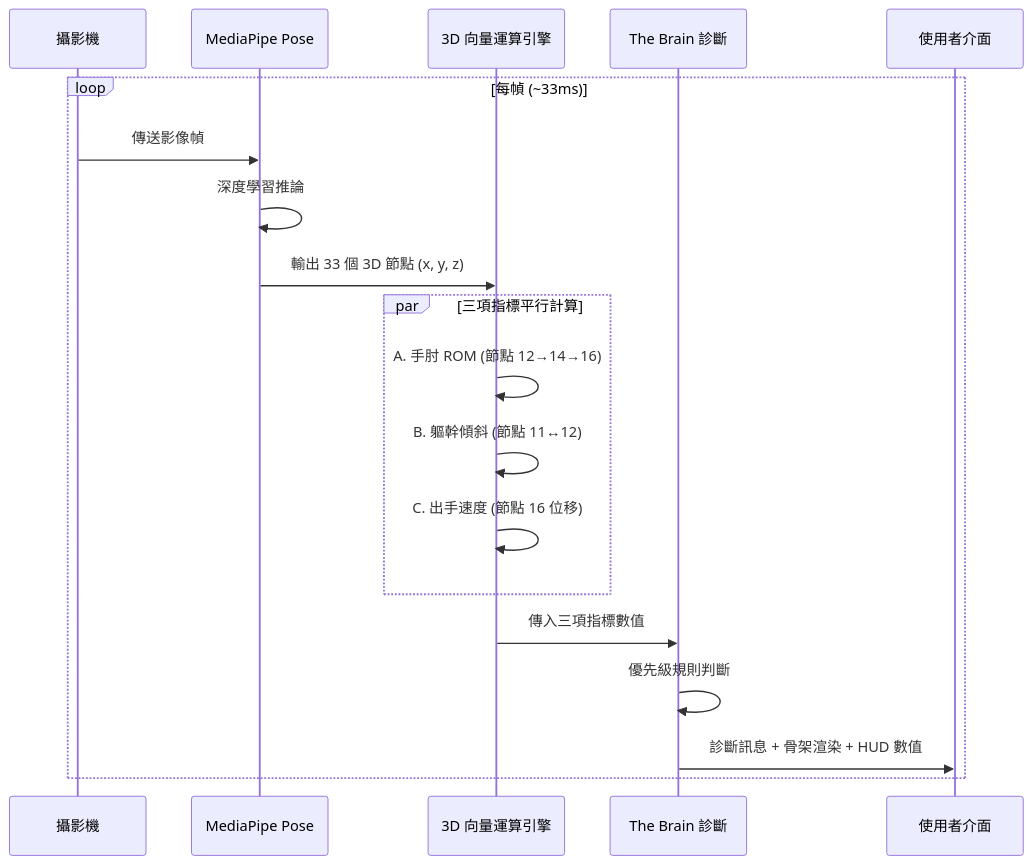
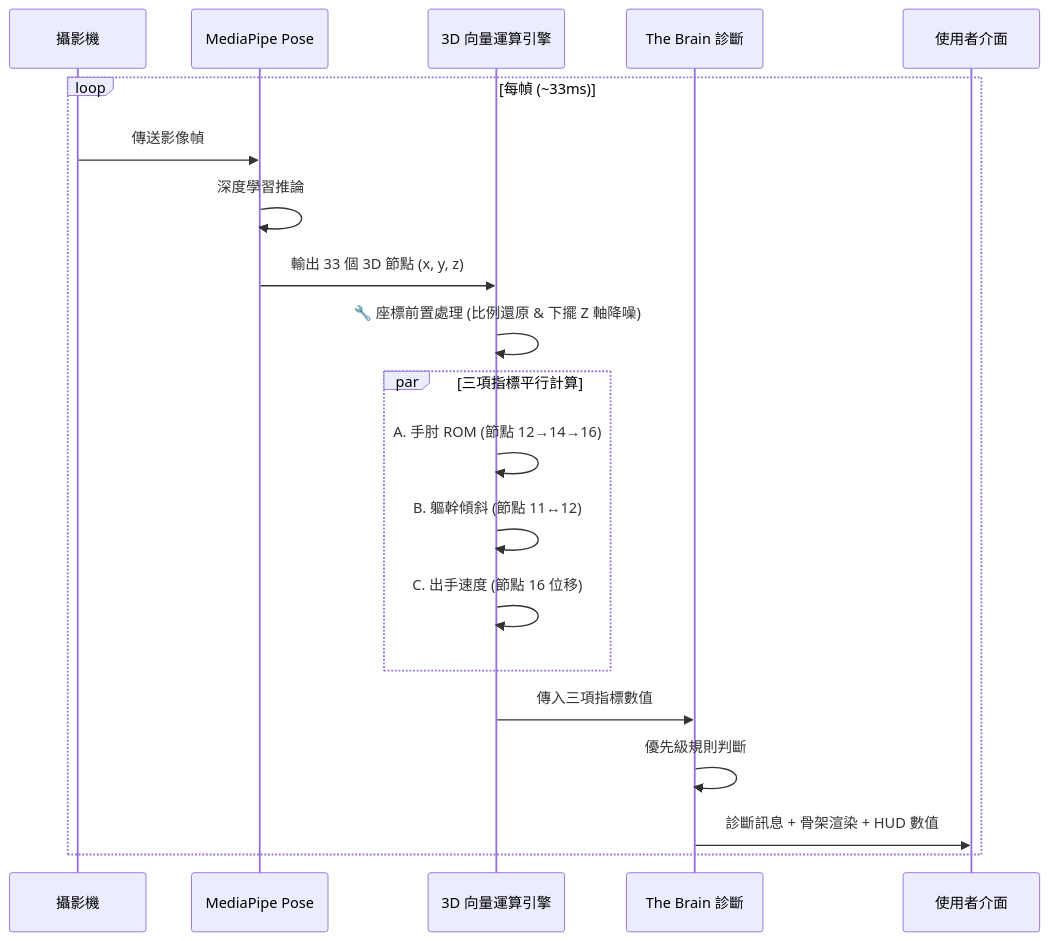
One commit to secrects2/Daoli2026 changed the second of 3 diagrams in floor-curling-app/docs/patent_system_flowchart.md. Above: the diagram before and after it, drawn with Mermaid. The commit also changed other lines of this file and 12 other files, not shown here.

````diff
--- a/floor-curling-app/docs/patent_system_flowchart.md
+++ b/floor-curling-app/docs/patent_system_flowchart.md
@@ -65,24 +68,26 @@
 ```mermaid
 sequenceDiagram
     participant Camera as 攝影機
     participant MP as MediaPipe Pose
     participant Calc as 3D 向量運算引擎
     participant Brain as The Brain 診斷
     participant UI as 使用者介面
 
     loop 每幀 (~33ms)
         Camera->>MP: 傳送影像幀
         MP->>MP: 深度學習推論
         MP->>Calc: 輸出 33 個 3D 節點 (x, y, z)
         
+        Calc->>Calc: 🔧 座標前置處理 (比例還原 & 下擺 Z 軸降噪)
+        
         par 三項指標平行計算
             Calc->>Calc: A. 手肘 ROM (節點 12→14→16)
             Calc->>Calc: B. 軀幹傾斜 (節點 11↔12)
             Calc->>Calc: C. 出手速度 (節點 16 位移)
         end
 
         Calc->>Brain: 傳入三項指標數值
         Brain->>Brain: 優先級規則判斷
         Brain->>UI: 診斷訊息 + 骨架渲染 + HUD 數值
     end
 ```
````
